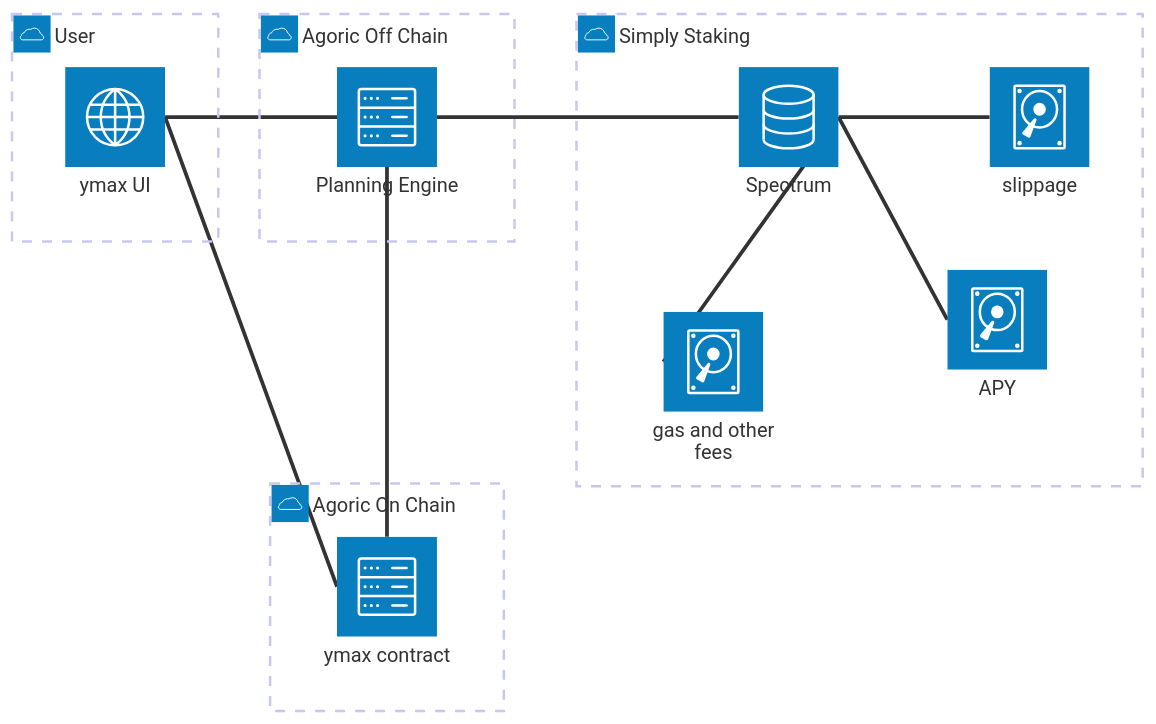
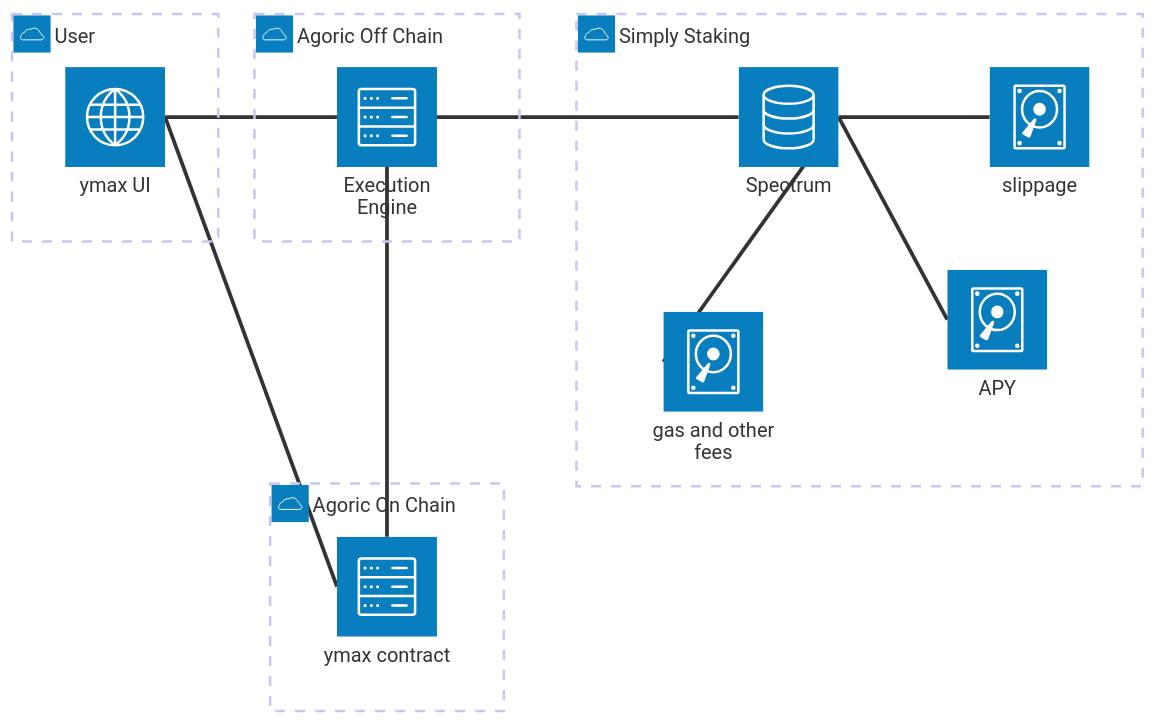
The first of 8 diagrams in packages/portfolio-contract/DESIGN-MVP.md (Agoric/agoric-sdk), drawn with Mermaid before and after one commit. The commit also changed other lines of this file, not shown here.

Commit message:
docs(portfolio-contract): add an example sequence for token movement

````diff
--- a/packages/portfolio-contract/DESIGN-MVP.md
+++ b/packages/portfolio-contract/DESIGN-MVP.md
@@ -5,28 +5,28 @@
 ```mermaid
 architecture-beta
   group User(cloud)[User]
     service ymaxui(internet)[ymax UI] in User
 
     ymaxui:R -- L:ymaxcontract
     ymaxui:R -- L:PE
 
   group offchain(cloud)[Agoric Off Chain]
-    service PE(server)[Planning Engine] in offchain
+    service PE(server)[Execution Engine] in offchain
 
     PE:R -- L:spectrum
 
   group onchain(cloud)[Agoric On Chain]
     service ymaxcontract(server)[ymax contract] in onchain
 
     PE:B -- T:ymaxcontract
 
   group SS(cloud)[Simply Staking]
     service spectrum(database)[Spectrum] in SS
     service APY(disk)[APY] in SS
     service fees(disk)[gas and other fees] in SS
     service slippage(disk)[slippage] in SS
 
     APY:L -- R:spectrum
     fees:L -- R:spectrum
     slippage:L -- R:spectrum
 ```
````
